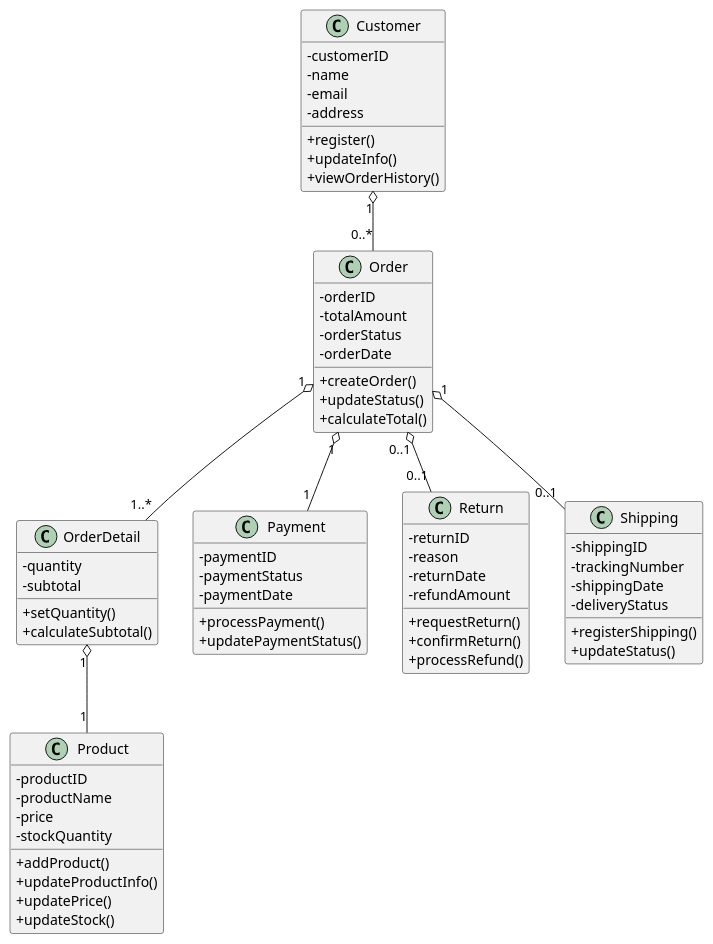
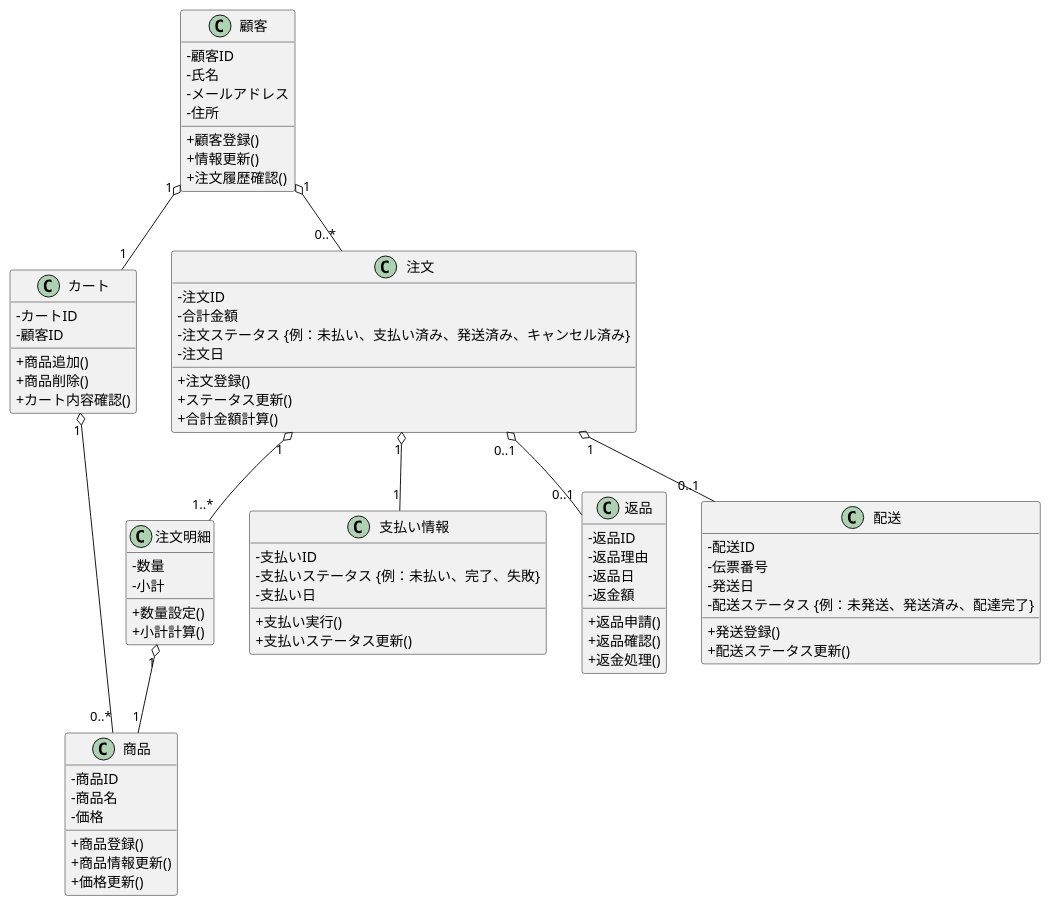
Before and after one commit to amaneko0608/ohara_uml: the diagram in group/BB/BBclass copy.pu, drawn with PlantUML. The commit also changed 5 other files, not shown here.

```diff
--- a/group/BB/BBclass copy.pu
+++ b/group/BB/BBclass copy.pu
@@ -1,134 +1,93 @@
-@startuml
+@startuml BBショップ注文管理クラス図
 skinparam classAttributeIconSize 0
 
-' Customer (顧客)
-class Customer {
-  - customerID         
-  ' 顧客ID
-  - name               
-  ' 氏名
-  - email              
-  ' メールアドレス
-  - address            
-  ' 住所
-  + register()         
-  ' 顧客登録
-  + updateInfo()       
-  ' 情報更新
-  + viewOrderHistory() 
-  ' 注文履歴確認
+' 顧客クラス
+class 顧客 {
+  - 顧客ID
+  - 氏名
+  - メールアドレス
+  - 住所
+  + 顧客登録()
+  + 情報更新()
+  + 注文履歴確認()
 }
 
-' Product (商品)
-class Product {
-  - productID          
-  ' 商品ID
-  - productName        
-  ' 商品名
-  - price              
-  ' 価格
-  - stockQuantity      
-  ' 在庫数量
-  + addProduct()       
-  ' 商品登録
-  + updateProductInfo()
-  ' 商品情報更新
-  + updatePrice()      
-  ' 価格更新
-  + updateStock()      
-  ' 在庫更新
+' カートクラス
+class カート {
+  - カートID
+  - 顧客ID
+  + 商品追加()
+  + 商品削除()
+  + カート内容確認()
 }
 
-' OrderDetail (注文明細)
-class OrderDetail {
-  - quantity           
-  ' 数量
-  - subtotal           
-  ' 小計
-  + setQuantity()      
-  ' 数量設定
-  + calculateSubtotal()
-  ' 小計計算
+' 商品クラス
+class 商品 {
+  - 商品ID
+  - 商品名
+  - 価格
+  + 商品登録()
+  + 商品情報更新()
+  + 価格更新()
 }
 
-' Order (注文)
-class Order {
-  - orderID            
-  ' 注文ID
-  - totalAmount        
-  ' 合計金額
-  - orderStatus        
-  ' 注文ステータス
-  - orderDate          
-  ' 注文日
-  + createOrder()      
-  ' 注文登録
-  + updateStatus()     
-  ' ステータス更新
-  + calculateTotal()   
-  ' 合計金額計算
+' 注文明細クラス
+class 注文明細 {
+  - 数量
+  - 小計
+  + 数量設定()
+  + 小計計算()
 }
 
-' Payment (支払い情報)
-class Payment {
-  - paymentID          
-  ' 支払いID
-  - paymentStatus      
-  ' 支払いステータス
-  - paymentDate        
-  ' 支払い日
-  + processPayment()   
-  ' 支払い実行
-  + updatePaymentStatus() 
-  ' 支払いステータス更新
+' 注文クラス
+class 注文 {
+  - 注文ID
+  - 合計金額
+  - 注文ステータス {例：未払い、支払い済み、発送済み、キャンセル済み}
+  - 注文日
+  + 注文登録()
+  + ステータス更新()
+  + 合計金額計算()
 }
 
-' Return (返品)
-class Return {
-  - returnID           
-  ' 返品ID
-  - reason             
-  ' 返品理由
-  - returnDate         
-  ' 返品日
-  - refundAmount       
-  ' 返金額
-  + requestReturn()    
-  ' 返品申請
-  + confirmReturn()    
-  ' 返品確認
-  + processRefund()    
-  ' 返金処理
+' 支払い情報クラス
+class 支払い情報 {
+  - 支払いID
+  - 支払いステータス {例：未払い、完了、失敗}
+  - 支払い日
+  + 支払い実行()
+  + 支払いステータス更新()
 }
 
-' Shipping (配送)
-class Shipping {
-  - shippingID         
-  ' 配送ID
-  - trackingNumber     
-  ' 伝票番号
-  - shippingDate       
-  ' 発送日
-  - deliveryStatus     
-  ' 配送ステータス
-  + registerShipping() 
-  ' 発送登録
-  + updateStatus()     
-  ' 配送ステータス更新
+' 返品クラス
+class 返品 {
+  - 返品ID
+  - 返品理由
+  - 返品日
+  - 返金額
+  + 返品申請()
+  + 返品確認()
+  + 返金処理()
 }
 
-' Relationships (関連)
-Customer "1" o-- "0..*" Order           
-' 顧客は複数の注文を持つ
-Order "1" o-- "1..*" OrderDetail        
-' 注文は複数の注文明細を持つ
-OrderDetail "1" o-- "1" Product         
-' 注文明細は商品に対応
-Order "1" o-- "1" Payment               
-' 注文は必ず支払い情報を持つ
-Order "0..1" o-- "0..1" Return          
-' 注文は返品に対応する場合がある
-Order "1" o-- "0..1" Shipping           
-' 注文は配送情報を持つ
+' 配送クラス
+class 配送 {
+  - 配送ID
+  - 伝票番号
+  - 発送日
+  - 配送ステータス {例：未発送、発送済み、配達完了}
+  + 発送登録()
+  + 配送ステータス更新()
+}
+
+' 関係
+顧客 "1" o-- "1" カート
+顧客 "1" o-- "0..*" 注文
+カート "1" o-- "0..*" 商品
+注文 "1" o-- "1..*" 注文明細
+注文明細 "1" o-- "1" 商品
+注文 "1" o-- "1" 支払い情報
+注文 "0..1" o-- "0..1" 返品
+注文 "1" o-- "0..1" 配送
 
 @enduml
```
